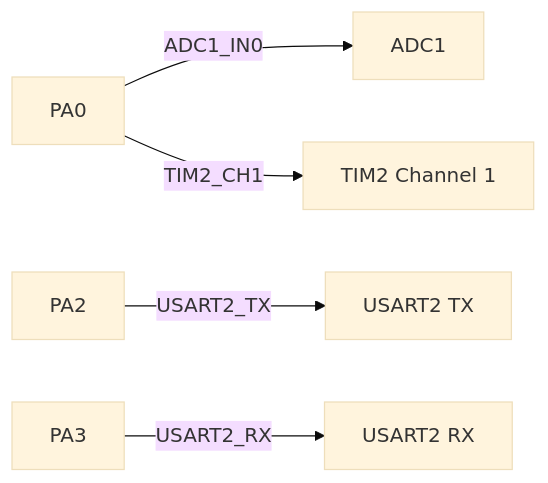
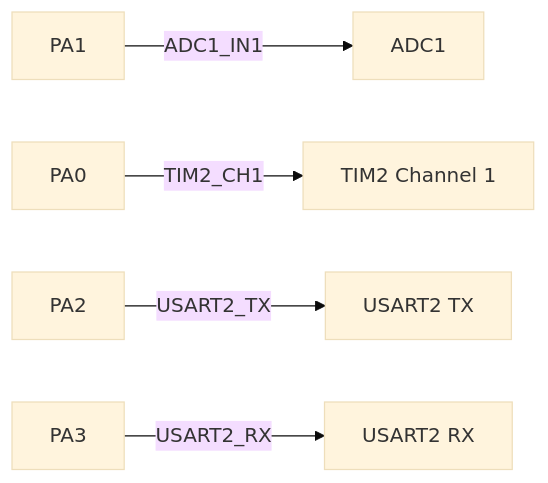
The second of 2 diagrams in README.md (ebrahimabdelghfar/Servo_Control_STM32F445RE), drawn with Mermaid (base theme) before and after one commit. The commit also changed other lines of this file, not shown here.

````diff
--- a/README.md
+++ b/README.md
@@ -97,7 +97,7 @@
 ```mermaid
 flowchart LR
-    PA0[PA0] -->|ADC1_IN0| ADC[ADC1]
-    PA0 -->|TIM2_CH1| PWM[TIM2 Channel 1]
+    PA1[PA1] -->|ADC1_IN1| ADC[ADC1]
+    PA0[PA0] -->|TIM2_CH1| PWM[TIM2 Channel 1]
     PA2[PA2] -->|USART2_TX| UART_TX[USART2 TX]
     PA3[PA3] -->|USART2_RX| UART_RX[USART2 RX]
 ```
````
